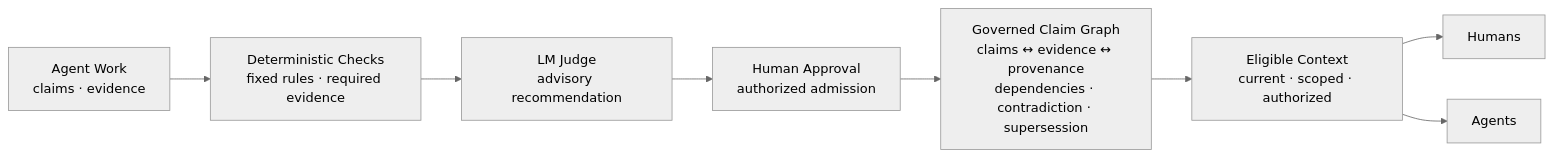
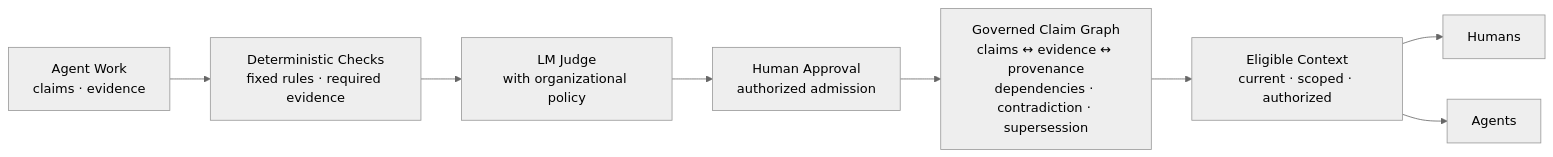
The first of 2 diagrams in README.md (chenmingtang830/proofpress), drawn with Mermaid (neutral theme) before and after one commit. The commit also changed other lines of this file and 1 other file, not shown here.

Commit message:
docs: tie LM judgment to organizational policy

````diff
--- a/README.md
+++ b/README.md
@@ -130,10 +130,10 @@
 ```mermaid
 flowchart LR
   W["Agent Work<br/>claims · evidence"] --> D["Deterministic Checks<br/>fixed rules · required evidence"]
-  D --> J["LM Judge<br/>advisory recommendation"]
+  D --> J["LM Judge<br/>with organizational policy"]
   J --> R["Human Approval<br/>authorized admission"]
   R --> C["Governed Claim Graph<br/>claims ↔ evidence ↔ provenance<br/>dependencies · contradiction · supersession"]
   C --> E["Eligible Context<br/>current · scoped · authorized"]
   E --> H["Humans"]
   E --> A["Agents"]
 ```
````
